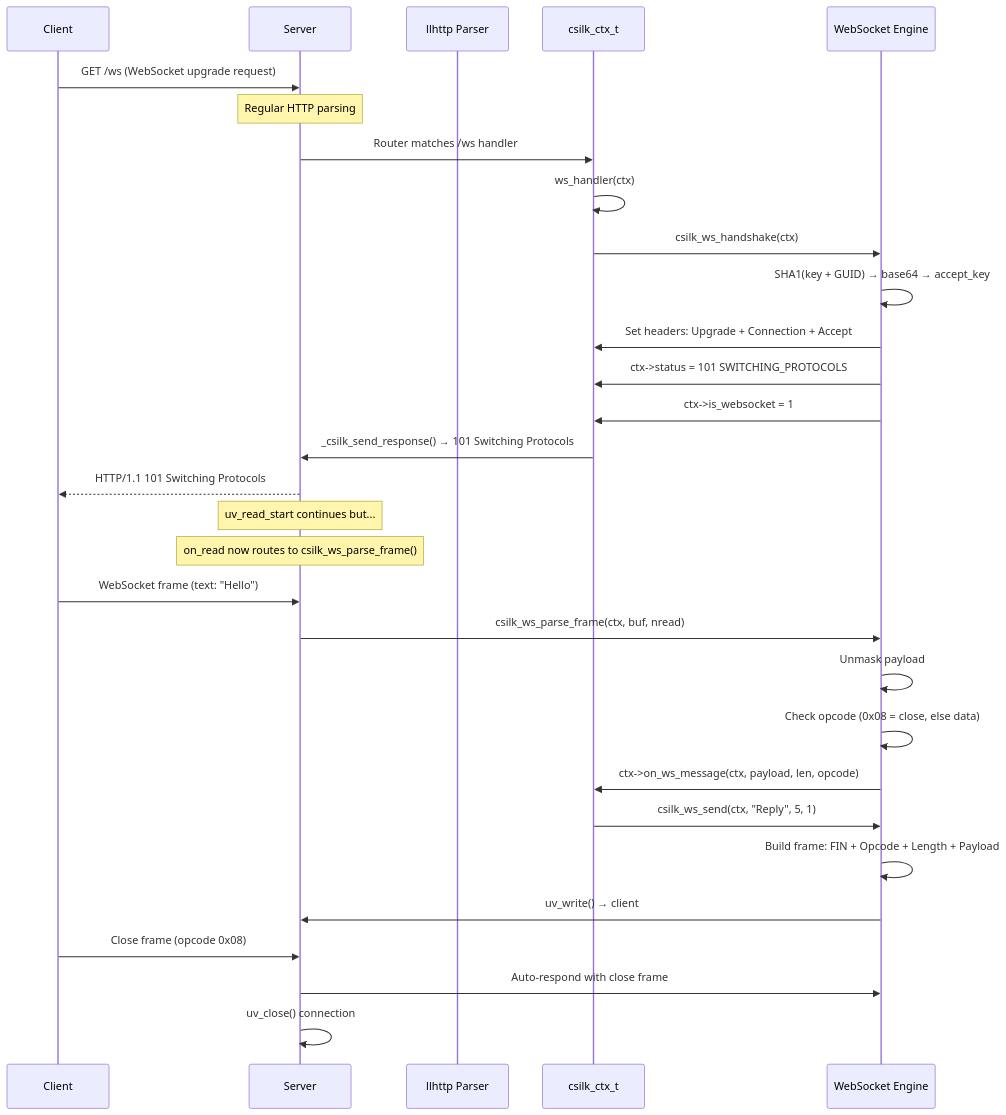
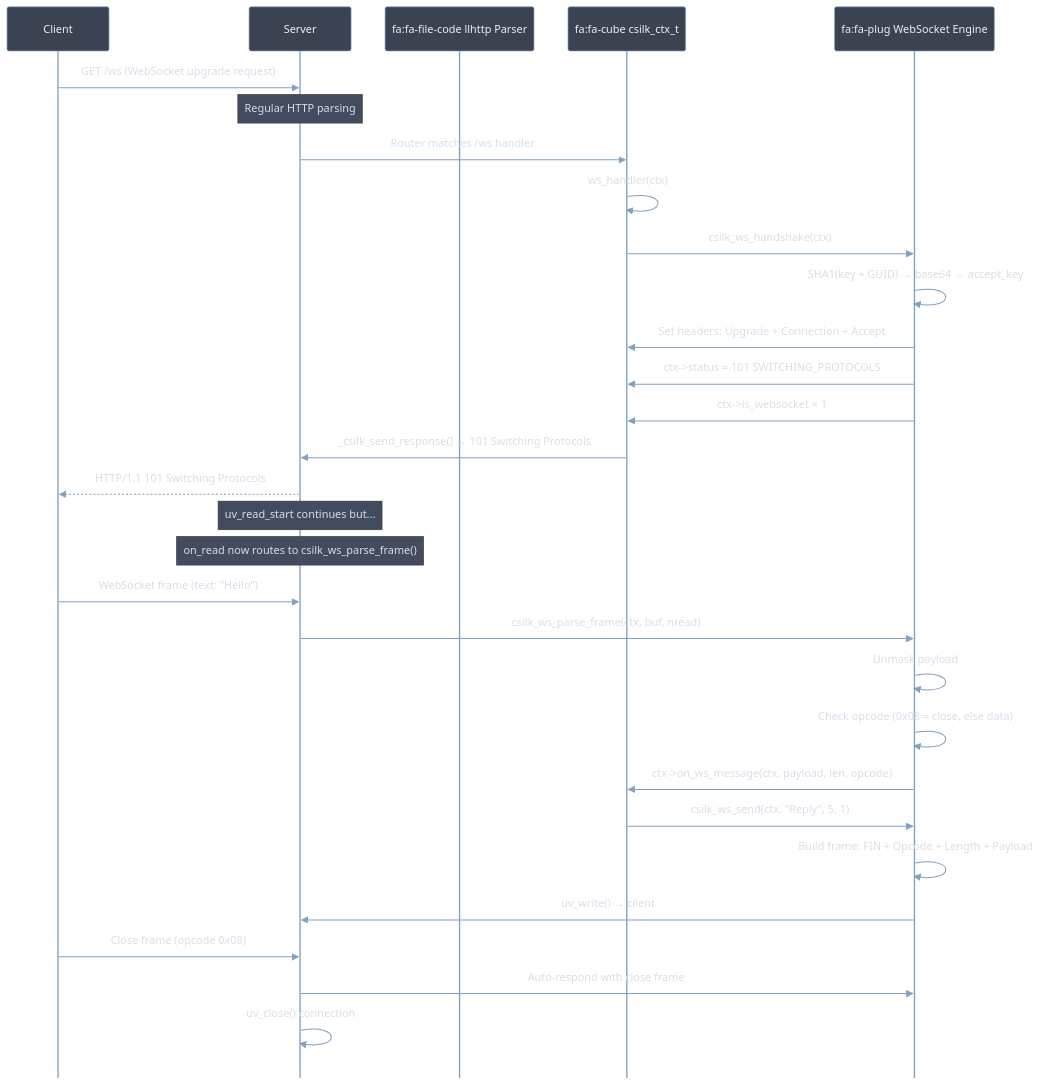
Before and after one commit to quintin-lee/csilk: the second of 8 diagrams in docs/user-manual/advanced-usage.md, drawn with Mermaid. The commit also changed other lines of this file and 30 other files, not shown here.

Commit message:
docs(docs): 📝 apply Nord Mermaid theme, RFC 2119 keywords, and quantified metrics to all docs

````diff
--- a/docs/user-manual/advanced-usage.md
+++ b/docs/user-manual/advanced-usage.md
@@ -50,41 +53,42 @@
 ```mermaid
+%%{init: {'theme': 'base', 'themeVariables': {'background': '#2E3440','primaryColor':'#81A1C1','primaryBorderColor':'#4C566A','primaryTextColor':'#ECEFF4','secondaryColor':'#3B4252','secondaryBorderColor':'#434C5E','secondaryTextColor':'#D8DEE9','lineColor':'#81A1C1','textColor':'#ECEFF4','mainBkg':'#3B4252','nodeBorder':'#4C566A','clusterBkg':'#2E3440','clusterBorder':'#4C566A','titleColor':'#ECEFF4','edgeLabelBackground':'#3B4252','nodeTextColor':'#ECEFF4','actorBorder':'#81A1C1','actorBkg':'#3B4252','actorTextColor':'#ECEFF4','signalColor':'#81A1C1','signalTextColor':'#D8DEE9','noteBkgColor':'#434C5E','noteTextColor':'#D8DEE9','loopTextColor':'#81A1C1','sequenceNumberColor':'#ECEFF4'}, 'sequence': {'actorFontSize': 14, 'noteFontSize': 12, 'messageFontSize': 12, 'mirrorActors': false}}}%%
 sequenceDiagram
     participant Client
     participant Server
-    participant HTTP as llhttp Parser
-    participant CTX as csilk_ctx_t
-    participant WS as WebSocket Engine
+    participant HTTP as fa:fa-file-code llhttp Parser
+    participant CTX as fa:fa-cube csilk_ctx_t
+    participant WS as fa:fa-plug WebSocket Engine
 
     Client->>Server: GET /ws (WebSocket upgrade request)
 
     Note over Server: Regular HTTP parsing
 
     Server->>CTX: Router matches /ws handler
     CTX->>CTX: ws_handler(ctx)
 
     CTX->>WS: csilk_ws_handshake(ctx)
     WS->>WS: SHA1(key + GUID) → base64 → accept_key
     WS->>CTX: Set headers: Upgrade + Connection + Accept
     WS->>CTX: ctx->status = 101 SWITCHING_PROTOCOLS
     WS->>CTX: ctx->is_websocket = 1
 
     CTX->>Server: _csilk_send_response() → 101 Switching Protocols
     Server-->>Client: HTTP/1.1 101 Switching Protocols
 
     Note over Server: uv_read_start continues but...
     Note over Server: on_read now routes to csilk_ws_parse_frame()
 
     Client->>Server: WebSocket frame (text: "Hello")
     Server->>WS: csilk_ws_parse_frame(ctx, buf, nread)
     WS->>WS: Unmask payload
     WS->>WS: Check opcode (0x08 = close, else data)
     WS->>CTX: ctx->on_ws_message(ctx, payload, len, opcode)
 
     CTX->>WS: csilk_ws_send(ctx, "Reply", 5, 1)
     WS->>WS: Build frame: FIN + Opcode + Length + Payload
     WS->>Server: uv_write() → client
 
     Client->>Server: Close frame (opcode 0x08)
     Server->>WS: Auto-respond with close frame
     Server->>Server: uv_close() connection
 ```
````
